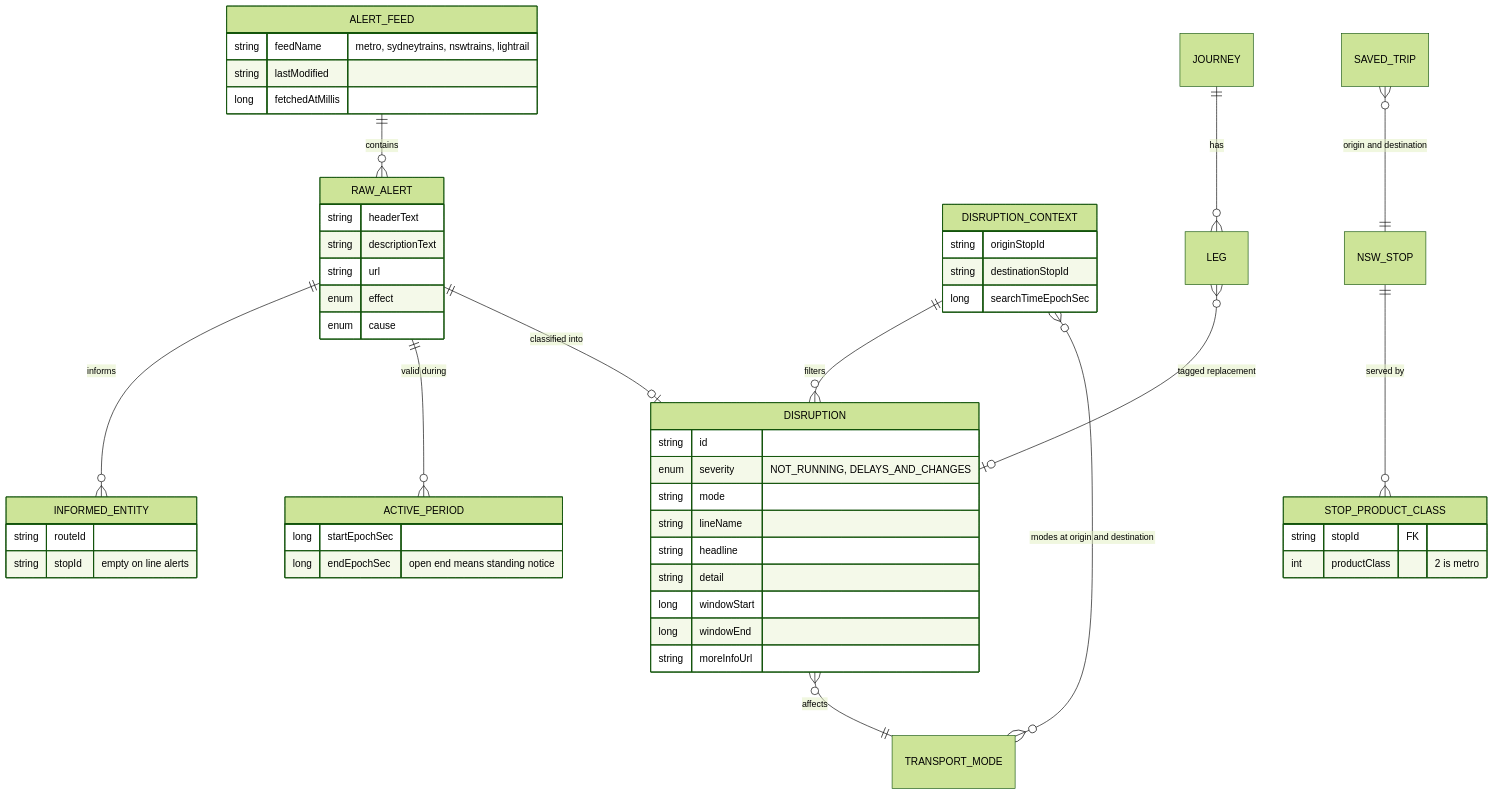
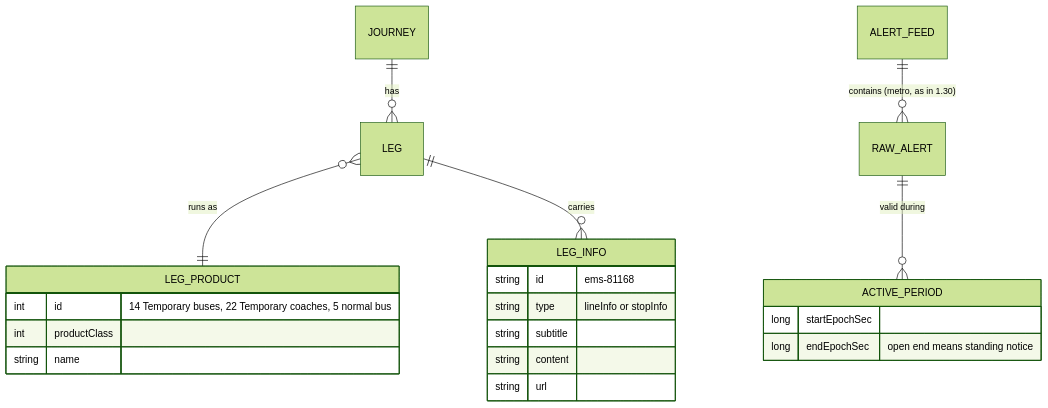
The first of 2 diagrams in docs/features/service-disruptions/ERD.md (ksharma-xyz/KRAIL), drawn with Mermaid (forest theme) before and after one commit. The commit also changed other lines of this file, not shown here.

First line of the commit message:
docs(service-disruptions): ERD version 2, real API fields only

````diff
--- a/docs/features/service-disruptions/ERD.md
+++ b/docs/features/service-disruptions/ERD.md
@@ -34,54 +41,24 @@
 ```mermaid
 erDiagram
-    ALERT_FEED ||--o{ RAW_ALERT : contains
-    RAW_ALERT ||--o{ INFORMED_ENTITY : informs
+    JOURNEY ||--o{ LEG : has
+    LEG }o--|| LEG_PRODUCT : "runs as"
+    LEG ||--o{ LEG_INFO : "carries"
+    ALERT_FEED ||--o{ RAW_ALERT : "contains (metro, as in 1.30)"
     RAW_ALERT ||--o{ ACTIVE_PERIOD : "valid during"
-    RAW_ALERT ||--o| DISRUPTION : "classified into"
-    DISRUPTION }o--|| TRANSPORT_MODE : affects
-    DISRUPTION_CONTEXT ||--o{ DISRUPTION : filters
-    DISRUPTION_CONTEXT }o--o{ TRANSPORT_MODE : "modes at origin and destination"
-    NSW_STOP ||--o{ STOP_PRODUCT_CLASS : "served by"
-    SAVED_TRIP }o--|| NSW_STOP : "origin and destination"
-    JOURNEY ||--o{ LEG : has
-    LEG }o--o| DISRUPTION : "tagged replacement"
-    ALERT_FEED {
-        string feedName "metro, sydneytrains, nswtrains, lightrail"
-        string lastModified
-        long fetchedAtMillis
+    LEG_PRODUCT {
+        int id "14 Temporary buses, 22 Temporary coaches, 5 normal bus"
+        int productClass
+        string name
     }
-    RAW_ALERT {
-        string headerText
-        string descriptionText
+    LEG_INFO {
+        string id "ems-81168"
+        string type "lineInfo or stopInfo"
+        string subtitle
+        string content
         string url
-        enum effect
-        enum cause
-    }
-    INFORMED_ENTITY {
-        string routeId
-        string stopId "empty on line alerts"
     }
     ACTIVE_PERIOD {
         long startEpochSec
         long endEpochSec "open end means standing notice"
     }
-    DISRUPTION {
-        string id
-        enum severity "NOT_RUNNING, DELAYS_AND_CHANGES"
-        string mode
-        string lineName
-        string headline
-        string detail
-        long windowStart
-        long windowEnd
-        string moreInfoUrl
-    }
-    DISRUPTION_CONTEXT {
-        string originStopId
-        string destinationStopId
-        long searchTimeEpochSec
-    }
-    STOP_PRODUCT_CLASS {
-        string stopId FK
-        int productClass "2 is metro"
-    }
 ```
````
